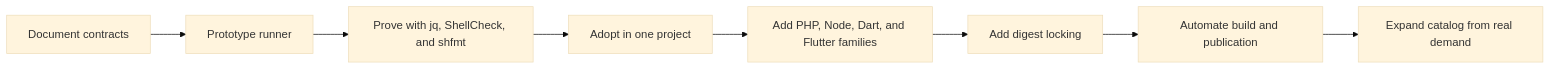
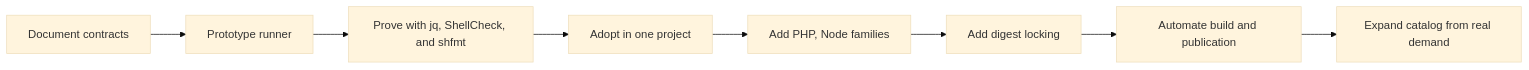
One commit to moztopia/dugout changed the first of 2 diagrams in docs/08-rollout-and-operations.md. Above: the diagram before and after it, drawn with Mermaid (base theme). The commit also changed other lines of this file and 35 other files, not shown here.

First line of the commit message:
build(tools): remove dart and flutter tool planes and local minio service

````diff
--- a/docs/08-rollout-and-operations.md
+++ b/docs/08-rollout-and-operations.md
@@ -9,14 +9,14 @@
 ```mermaid
 flowchart LR
     contract["Document contracts"]
     prototype["Prototype runner"]
     smallTools["Prove with jq, ShellCheck, and shfmt"]
     project["Adopt in one project"]
-    languages["Add PHP, Node, Dart, and Flutter families"]
+    languages["Add PHP, Node families"]
     lock["Add digest locking"]
     publish["Automate build and publication"]
     expand["Expand catalog from real demand"]
 
     contract --> prototype --> smallTools --> project
     project --> languages --> lock --> publish --> expand
 ```
````
